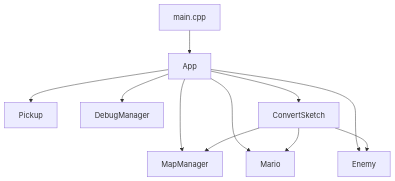
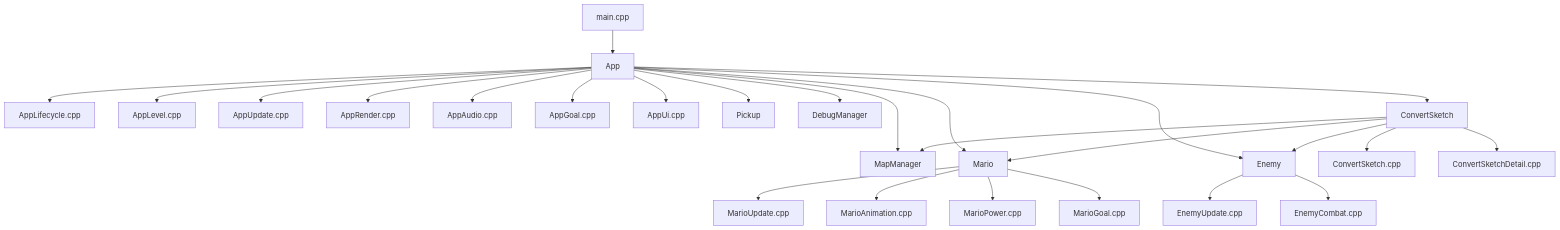
The diagram in FinalReport.md (NicholasIng/MARIO), drawn with Mermaid before and after one commit. The commit also changed other lines of this file, not shown here.

````diff
--- a/FinalReport.md
+++ b/FinalReport.md
@@ -62,13 +62,28 @@
 ```mermaid
 graph TD
     A["main.cpp"] --> B["App"]
+    B --> B1["AppLifecycle.cpp"]
+    B --> B2["AppLevel.cpp"]
+    B --> B3["AppUpdate.cpp"]
+    B --> B4["AppRender.cpp"]
+    B --> B5["AppAudio.cpp"]
+    B --> B6["AppGoal.cpp"]
+    B --> B7["AppUi.cpp"]
     B --> C["MapManager"]
     B --> D["Mario"]
     B --> E["Enemy"]
     B --> F["Pickup"]
     B --> G["DebugManager"]
     B --> H["ConvertSketch"]
+    D --> D1["MarioUpdate.cpp"]
+    D --> D2["MarioAnimation.cpp"]
+    D --> D3["MarioPower.cpp"]
+    D --> D4["MarioGoal.cpp"]
+    E --> E1["EnemyUpdate.cpp"]
+    E --> E2["EnemyCombat.cpp"]
+    H --> H1["ConvertSketch.cpp"]
+    H --> H2["ConvertSketchDetail.cpp"]
     H --> C
     H --> D
     H --> E
 ```
````
